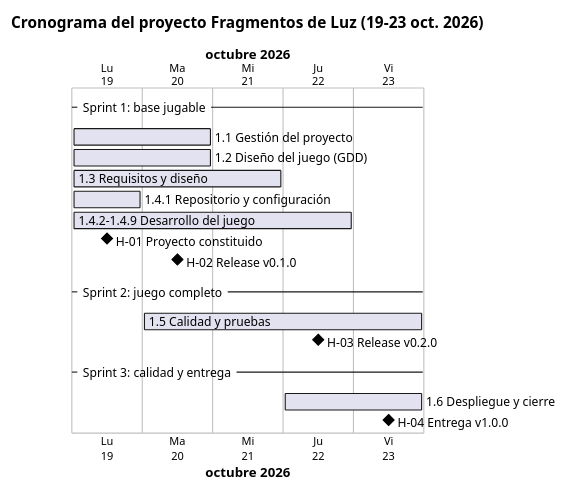
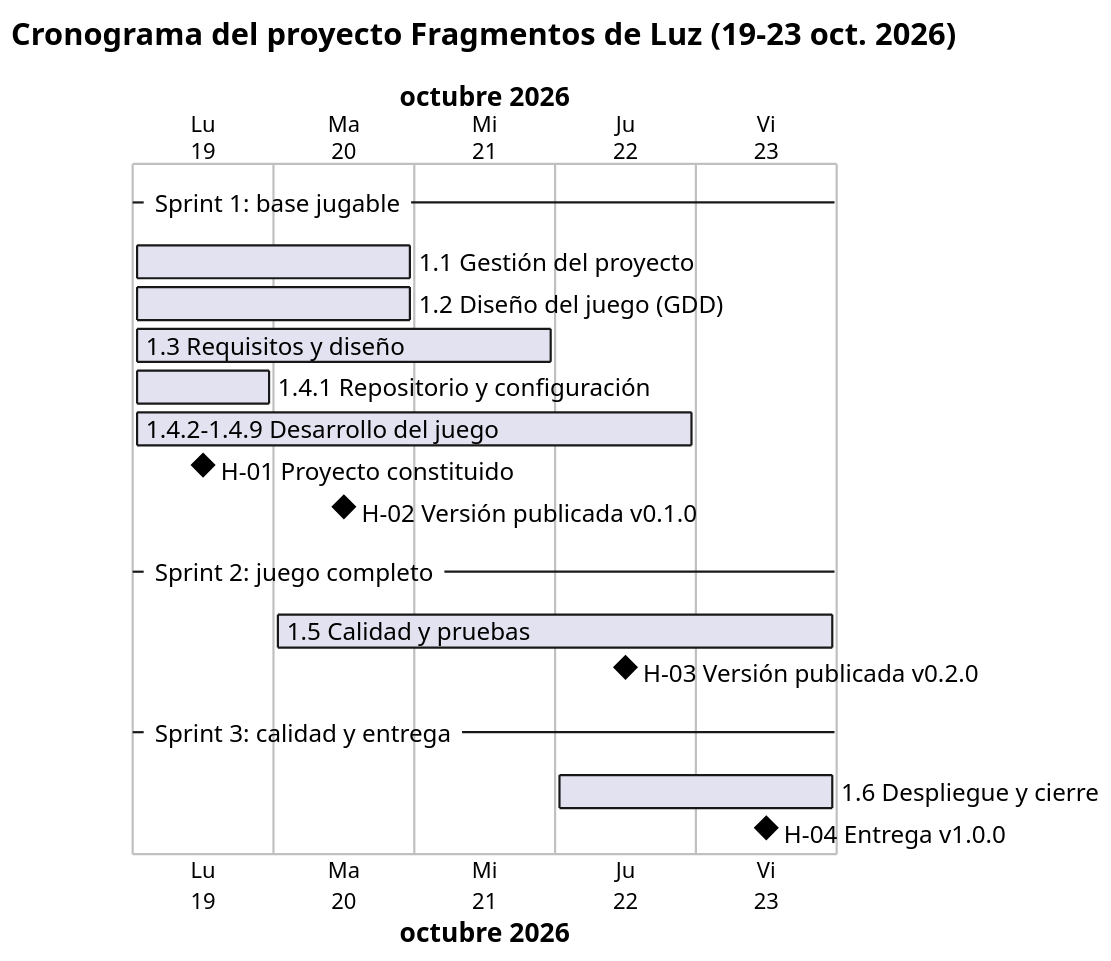
Before and after one commit to jaider23100/FragmentosDeLuz: the diagram in docs/diagramas/cronograma_gantt.puml, drawn with PlantUML. The commit also changed 41 other files, not shown here.

```diff
--- a/docs/diagramas/cronograma_gantt.puml
+++ b/docs/diagramas/cronograma_gantt.puml
@@ -1,25 +1,26 @@
 @startgantt cronograma
 title Cronograma del proyecto Fragmentos de Luz (19-23 oct. 2026)
 language es
+scale 2
 printscale daily zoom 4
 Project starts 2026-10-19
 saturday are closed
 sunday are closed
 
 -- Sprint 1: base jugable --
 [1.1 Gestión del proyecto] as [G1] starts 2026-10-19 and lasts 2 days
 [1.2 Diseño del juego (GDD)] starts 2026-10-19 and lasts 2 days
 [1.3 Requisitos y diseño] starts 2026-10-19 and lasts 3 days
 [1.4.1 Repositorio y configuración] starts 2026-10-19 and lasts 1 day
 [1.4.2-1.4.9 Desarrollo del juego] as [DEV] starts 2026-10-19 and lasts 4 days
 [H-01 Proyecto constituido] happens 2026-10-19
-[H-02 Release v0.1.0] happens 2026-10-20
+[H-02 Versión publicada v0.1.0] happens 2026-10-20
 
 -- Sprint 2: juego completo --
 [1.5 Calidad y pruebas] as [QA] starts 2026-10-20 and lasts 4 days
-[H-03 Release v0.2.0] happens 2026-10-22
+[H-03 Versión publicada v0.2.0] happens 2026-10-22
 
 -- Sprint 3: calidad y entrega --
 [1.6 Despliegue y cierre] starts 2026-10-22 and lasts 2 days
 [H-04 Entrega v1.0.0] happens 2026-10-23
 @endgantt
```
